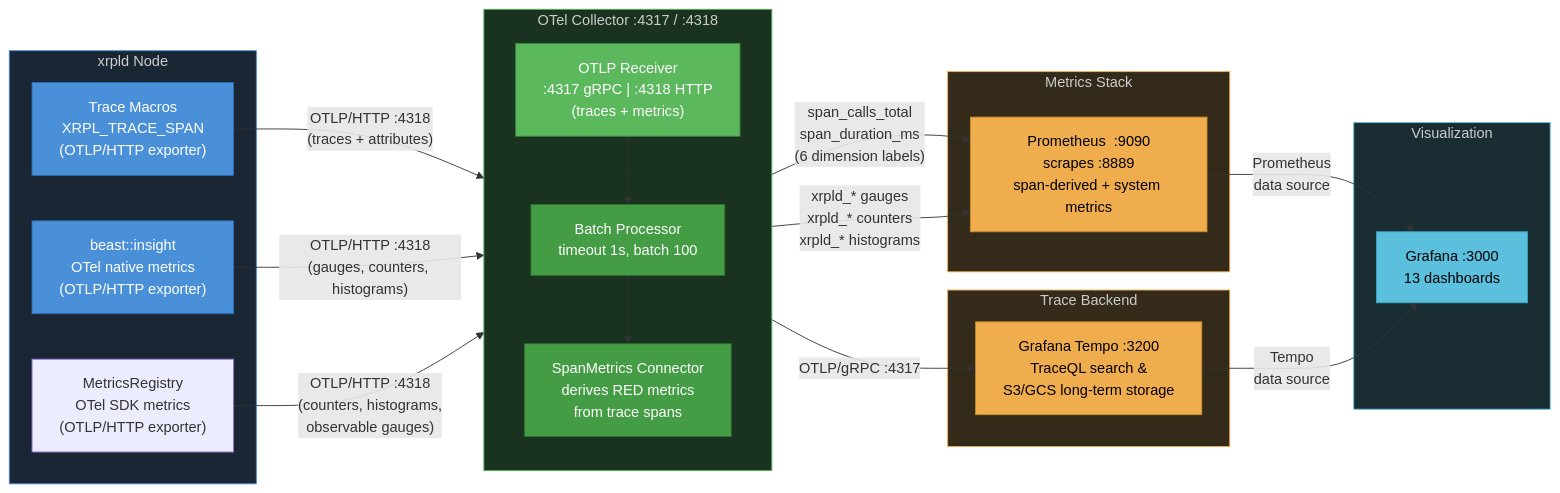
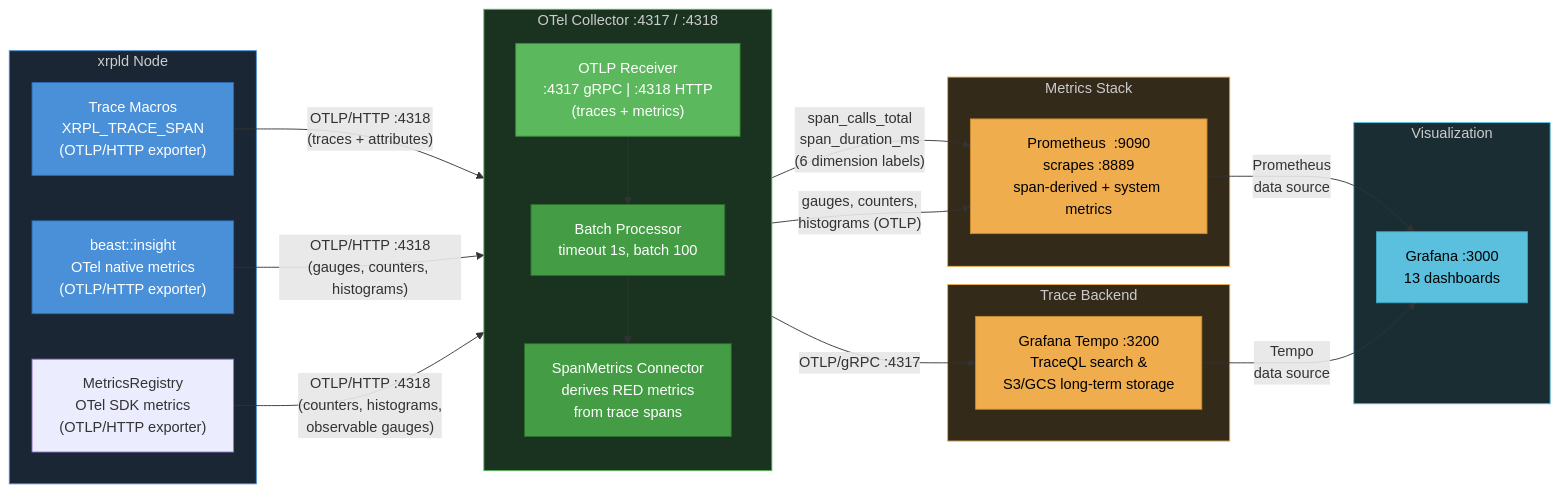
Before and after one commit to XRPLF/rippled: the diagram in OpenTelemetryPlan/09-data-collection-reference.md, drawn with Mermaid. The commit also changed other lines of this file and 15 other files, not shown here.

````diff
--- a/OpenTelemetryPlan/09-data-collection-reference.md
+++ b/OpenTelemetryPlan/09-data-collection-reference.md
@@ -9,56 +9,56 @@
 ```mermaid
 graph LR
     subgraph xrpldNode["xrpld Node"]
         A["Trace Macros<br/>XRPL_TRACE_SPAN<br/>(OTLP/HTTP exporter)"]
         B["beast::insight<br/>OTel native metrics<br/>(OTLP/HTTP exporter)"]
         C["MetricsRegistry<br/>OTel SDK metrics<br/>(OTLP/HTTP exporter)"]
     end
 
     subgraph collector["OTel Collector  :4317 / :4318"]
         direction TB
         R1["OTLP Receiver<br/>:4317 gRPC  |  :4318 HTTP<br/>(traces + metrics)"]
         BP["Batch Processor<br/>timeout 1s, batch 100"]
         SM["SpanMetrics Connector<br/>derives RED metrics<br/>from trace spans"]
 
         R1 --> BP
         BP --> SM
     end
 
     subgraph backends["Trace Backend"]
         D["Grafana Tempo  :3200<br/>TraceQL search &<br/>S3/GCS long-term storage"]
     end
 
     subgraph metrics["Metrics Stack"]
         E["Prometheus  :9090<br/>scrapes :8889<br/>span-derived + system metrics"]
     end
 
     subgraph viz["Visualization"]
         F["Grafana  :3000<br/>13 dashboards"]
     end
 
     A -->|"OTLP/HTTP :4318<br/>(traces + attributes)"| R1
     B -->|"OTLP/HTTP :4318<br/>(gauges, counters, histograms)"| R1
     C -->|"OTLP/HTTP :4318<br/>(counters, histograms,<br/>observable gauges)"| R1
 
     BP -->|"OTLP/gRPC :4317"| D
 
     SM -->|"span_calls_total<br/>span_duration_ms<br/>(6 dimension labels)"| E
-    R1 -->|"xrpld_* gauges<br/>xrpld_* counters<br/>xrpld_* histograms"| E
+    R1 -->|"gauges, counters,<br/>histograms (OTLP)"| E
 
     E -->|"Prometheus<br/>data source"| F
     D -->|"Tempo<br/>data source"| F
 
     style A fill:#4a90d9,color:#fff,stroke:#2a6db5
     style B fill:#4a90d9,color:#fff,stroke:#2a6db5
     style R1 fill:#5cb85c,color:#fff,stroke:#3d8b3d
     style BP fill:#449d44,color:#fff,stroke:#2d6e2d
     style SM fill:#449d44,color:#fff,stroke:#2d6e2d
     style D fill:#f0ad4e,color:#000,stroke:#c78c2e
     style E fill:#f0ad4e,color:#000,stroke:#c78c2e
     style F fill:#5bc0de,color:#000,stroke:#3aa8c1
     style xrpldNode fill:#1a2633,color:#ccc,stroke:#4a90d9
     style collector fill:#1a3320,color:#ccc,stroke:#5cb85c
     style backends fill:#332a1a,color:#ccc,stroke:#f0ad4e
     style metrics fill:#332a1a,color:#ccc,stroke:#f0ad4e
     style viz fill:#1a2d33,color:#ccc,stroke:#5bc0de
 ```
````
